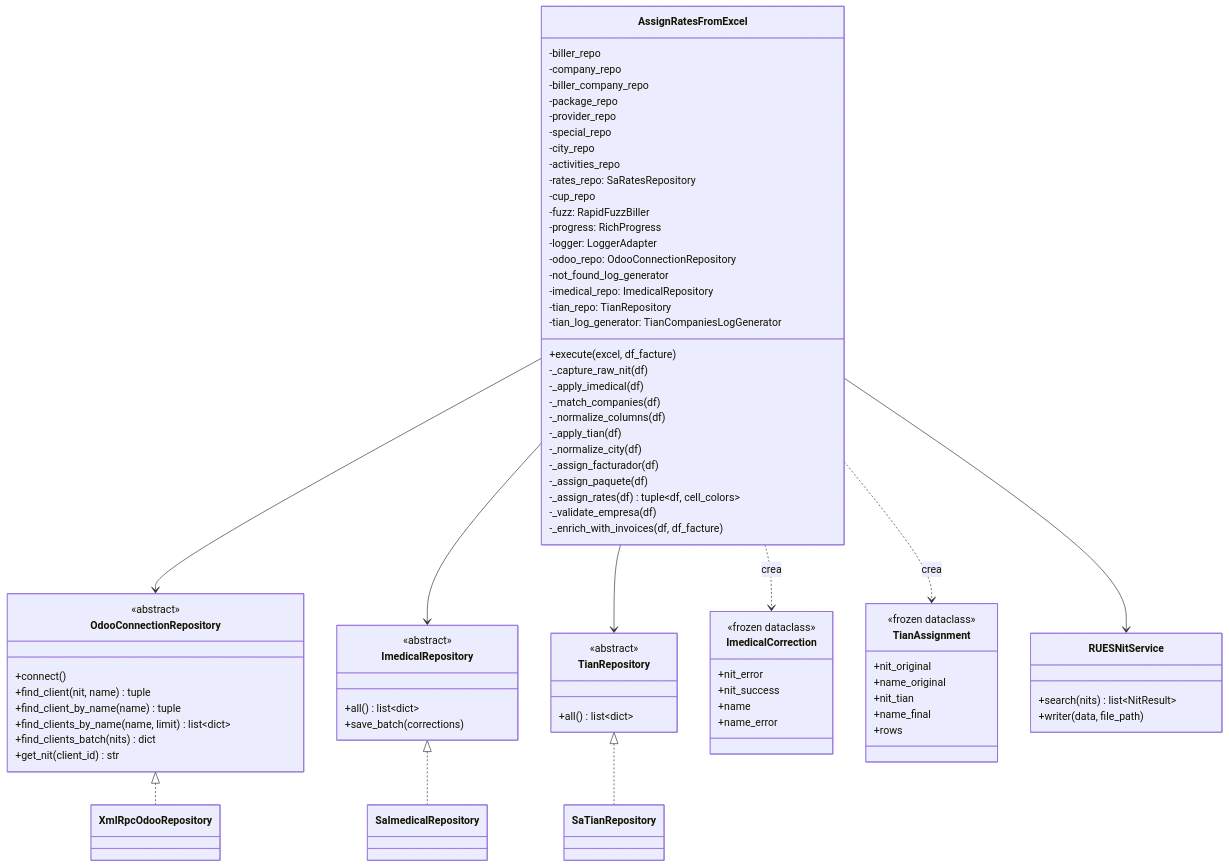
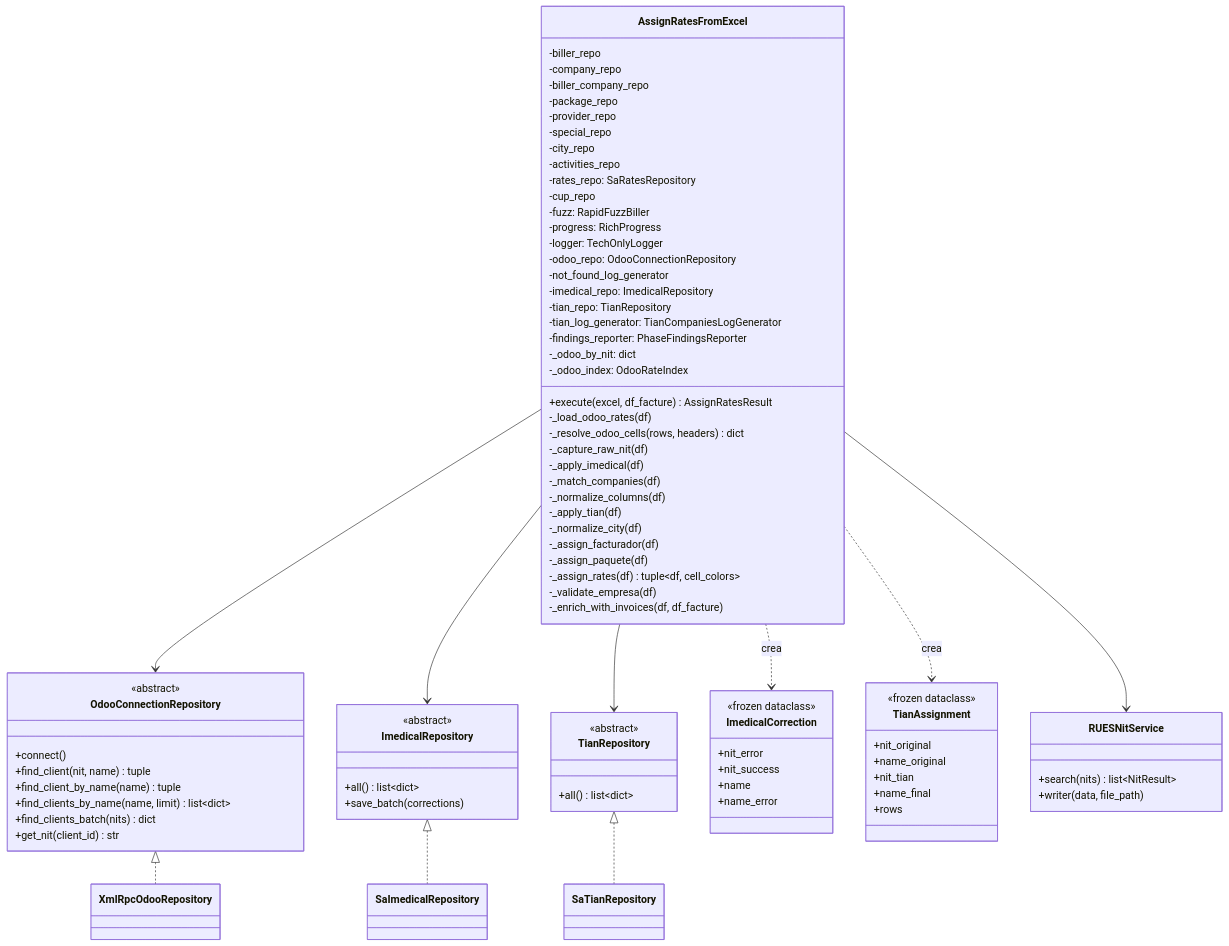
One commit to santo2409/Facturacion changed the fourth of 12 diagrams in docs/c4-diagrams.md. Above: the diagram before and after it, drawn with Mermaid.

Commit message:
docs(docs): update c4-diagrams

```diff
--- a/docs/c4-diagrams.md
+++ b/docs/c4-diagrams.md
@@ -151,13 +151,18 @@
         -cup_repo
         -fuzz: RapidFuzzBiller
         -progress: RichProgress
-        -logger: LoggerAdapter
+        -logger: TechOnlyLogger
         -odoo_repo: OdooConnectionRepository
         -not_found_log_generator
         -imedical_repo: ImedicalRepository
         -tian_repo: TianRepository
         -tian_log_generator: TianCompaniesLogGenerator
-        +execute(excel, df_facture)
+        -findings_reporter: PhaseFindingsReporter
+        -_odoo_by_nit: dict
+        -_odoo_index: OdooRateIndex
+        +execute(excel, df_facture) AssignRatesResult
+        -_load_odoo_rates(df)
+        -_resolve_odoo_cells(rows, headers) dict
         -_capture_raw_nit(df)
         -_apply_imedical(df)
         -_match_companies(df)
```
